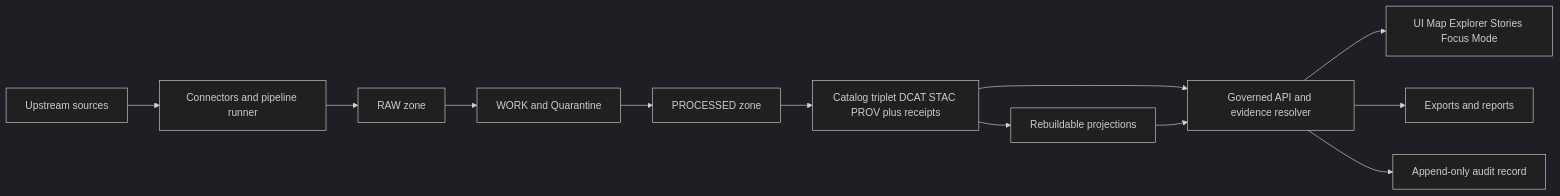
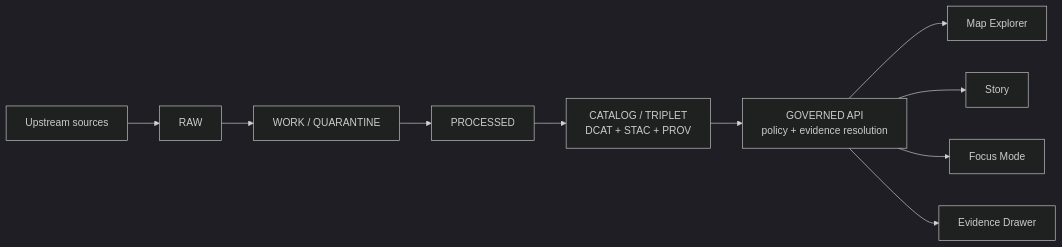
One commit to bartytime4life/Kansas-Frontier-Matrix changed the diagram in README.md. Above: the diagram before and after it, drawn with Mermaid (dark theme). The commit also changed other lines of this file, not shown here.

````diff
--- a/README.md
+++ b/README.md
@@ -154,14 +68,12 @@
 ```mermaid
 flowchart LR
-  A[Upstream sources] --> B[Connectors and pipeline runner]
-  B --> C[RAW zone]
-  C --> D[WORK and Quarantine]
-  D --> E[PROCESSED zone]
-  E --> F[Catalog triplet DCAT STAC PROV plus receipts]
-  F --> G[Rebuildable projections]
-  F --> H[Governed API and evidence resolver]
-  G --> H
-  H --> I[UI Map Explorer Stories Focus Mode]
-  H --> J[Exports and reports]
-  H --> K[Append-only audit record]
+  A[Upstream sources] --> B[RAW]
+  B --> C[WORK / QUARANTINE]
+  C --> D[PROCESSED]
+  D --> E[CATALOG / TRIPLET<br/>DCAT + STAC + PROV]
+  E --> F[GOVERNED API<br/>policy + evidence resolution]
+  F --> G[Map Explorer]
+  F --> H[Story]
+  F --> I[Focus Mode]
+  F --> J[Evidence Drawer]
 ```
````
